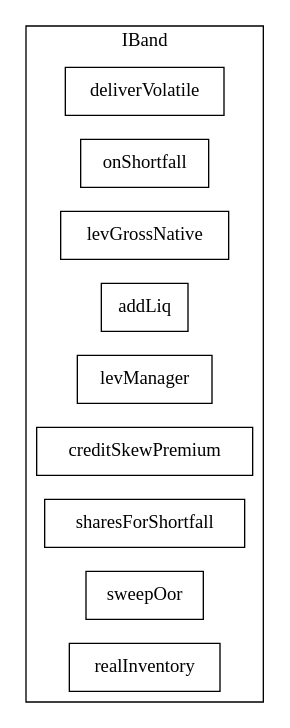
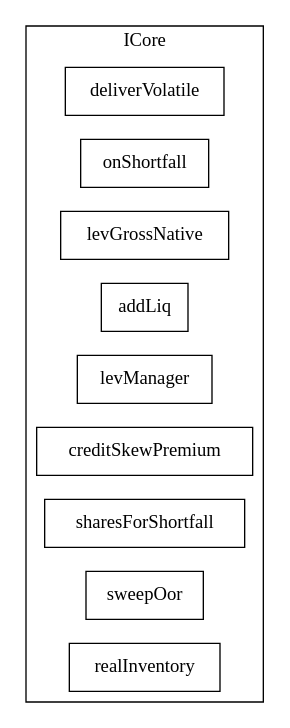
Before and after one commit to quidmints/SPV: the diagram in evm/slither-out/...IBand.call-graph.dot, drawn with Graphviz. The commit also changed 157 other files, not shown here.

```diff
--- a/evm/slither-out/...IBand.call-graph.dot
+++ b/evm/slither-out/...IBand.call-graph.dot
@@ -1,18 +1,18 @@
 strict digraph {
 rankdir="LR"
 node [shape=box]
 subgraph cluster_49769_IBand {
-label = "IBand"
+label = "ICore"
 "49769_deliverVolatile" [label="deliverVolatile"]
 "49769_onShortfall" [label="onShortfall"]
 "49769_levGrossNative" [label="levGrossNative"]
 "49769_addLiq" [label="addLiq"]
 "49769_levManager" [label="levManager"]
 "49769_creditSkewPremium" [label="creditSkewPremium"]
 "49769_sharesForShortfall" [label="sharesForShortfall"]
 "49769_sweepOor" [label="sweepOor"]
 "49769_realInventory" [label="realInventory"]
 }subgraph cluster_solidity {
 label = "[Solidity]"
 }
 }
```
